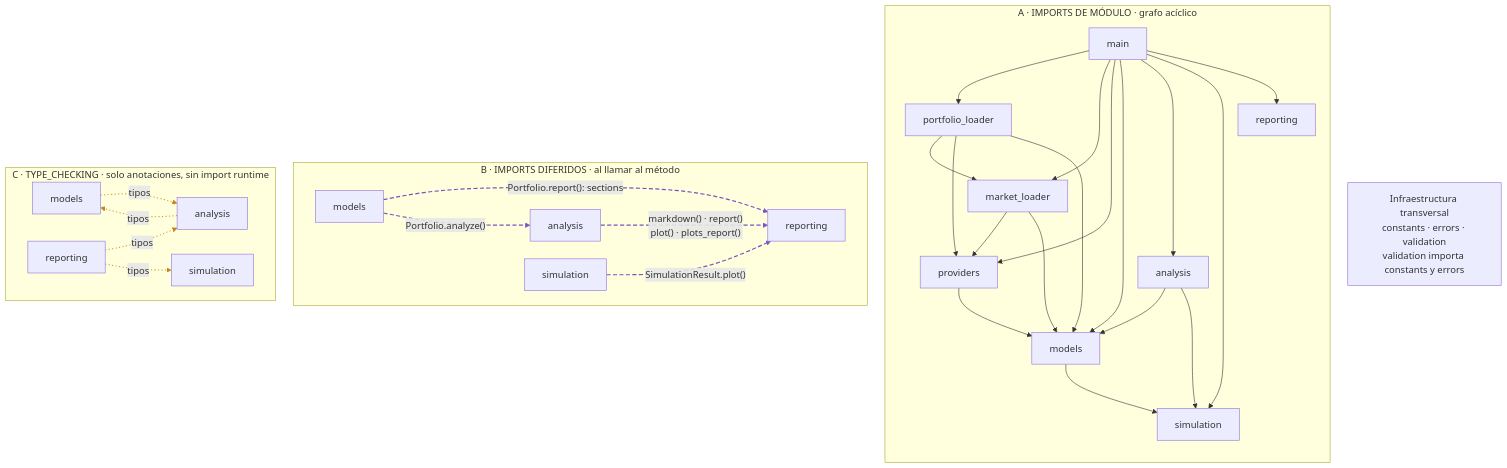
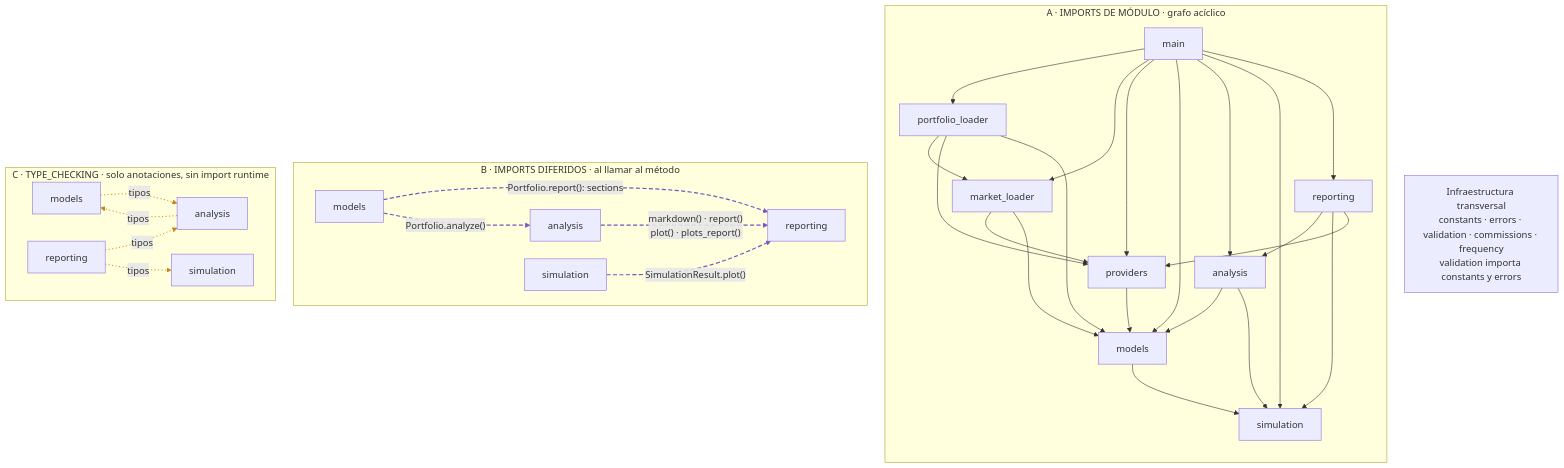
The diagram in diagramas/05-dependencias.mmd (Diegopasfer1909/tallerb1-t1-equipo7), drawn with Mermaid before and after one commit. The commit also changed 29 other files, not shown here.

First line of the commit message:
Diagramas de arquitectura al día con las comisiones del rebalanceo

```diff
--- a/diagramas/05-dependencias.mmd
+++ b/diagramas/05-dependencias.mmd
@@ -1,73 +1,79 @@
 %% Imports internos extraídos del AST. Tres vistas separadas evitan confundir
 %% importación al cargar un módulo, importación al llamar y anotaciones de tipos.
 %%{init: {"flowchart":{"curve":"basis","nodeSpacing":30,"rankSpacing":50}}}%%
 flowchart TB
     accTitle: B1-T1 · Dependencias entre paquetes
     accDescr: Imports de módulo sin ciclos, imports diferidos de conveniencia e imports exclusivos de TYPE_CHECKING.
     subgraph MODULE["A · IMPORTS DE MÓDULO · grafo acíclico"]
         direction TB
         M["main"]
         PL["portfolio_loader"]
         ML["market_loader"]
         P["providers"]
         D["models"]
         A["analysis"]
         S["simulation"]
         R["reporting"]
         M --> PL
         M --> ML
         M --> P
         M --> D
         M --> A
         M --> S
         M --> R
         PL --> ML
         PL --> P
         PL --> D
         ML --> P
         ML --> D
         P --> D
         A --> D
         A --> S
         D --> S
+        R --> A
+        R --> S
+        R --> P
     end
     subgraph DEFERRED["B · IMPORTS DIFERIDOS · al llamar al método"]
         direction LR
         DD["models"]
         DA["analysis"]
         DS["simulation"]
         DR["reporting"]
         DD -. "Portfolio.analyze()" .-> DA
         DD -. "Portfolio.report(): sections" .-> DR
         DA -. "markdown() · report()<br/>plot() · plots_report()" .-> DR
         DS -. "SimulationResult.plot()" .-> DR
     end
     subgraph TYPES["C · TYPE_CHECKING · solo anotaciones, sin import runtime"]
         direction LR
         TD["models"]
         TA["analysis"]
         TS["simulation"]
         TR["reporting"]
         TD -. "tipos" .-> TA
         TA -. "tipos" .-> TD
         TR -. "tipos" .-> TA
         TR -. "tipos" .-> TS
     end
-    CORE["Infraestructura transversal<br/>constants · errors · validation<br/>validation importa constants y errors"]
-    linkStyle 16,17,18,19 stroke:#7953BF,stroke-width:2px,stroke-dasharray:7 4;
-    linkStyle 20,21,22,23 stroke:#BF861B,stroke-width:1.5px,stroke-dasharray:2 4;
+    CORE["Infraestructura transversal<br/>constants · errors · validation · commissions · frequency<br/>validation importa constants y errors"]
+    linkStyle 19,20,21,22 stroke:#7953BF,stroke-width:2px,stroke-dasharray:7 4;
+    linkStyle 23,24,25,26 stroke:#BF861B,stroke-width:1.5px,stroke-dasharray:2 4;
 
 %% Imports transversales omitidos visualmente:
-%% origen           | constants | errors | validation
-%% main             | sí        | sí     | sí
-%% portfolio_loader | sí        | no     | sí
-%% market_loader    | sí        | sí     | no
-%% providers        | sí        | sí     | sí
-%% models           | sí        | sí     | sí
-%% analysis         | sí        | sí     | sí
-%% simulation       | sí        | sí     | sí
-%% reporting        | sí        | sí     | sí
-%% validation       | sí        | sí     | --
+%% origen           | constants | errors | validation | commissions | frequency
+%% main             | sí        | sí     | sí         | sí          | no
+%% portfolio_loader | sí        | sí     | sí         | sí          | no
+%% market_loader    | sí        | sí     | no         | no          | no
+%% providers        | sí        | sí     | sí         | no          | no
+%% models           | sí        | sí     | sí         | sí          | no
+%% analysis         | sí        | sí     | sí         | sí          | sí
+%% simulation       | sí        | sí     | sí         | sí          | sí
+%% reporting        | sí        | sí     | sí         | sí          | no
+%% validation       | sí        | sí     | --         | no          | no
+%% commissions      | no        | sí     | sí         | --          | no
+%% frequency        | sí        | no     | no         | no          | --
 %% constants y errors no importan otros paquetes internos.
+%% reporting → providers solo toma la etiqueta AAA_3M_YIELD de providers.ecb.
 %% 4 aristas diferidas = 7 sentencias de importación.
 %% Los imports internos dentro del mismo paquete no se representan.
```
